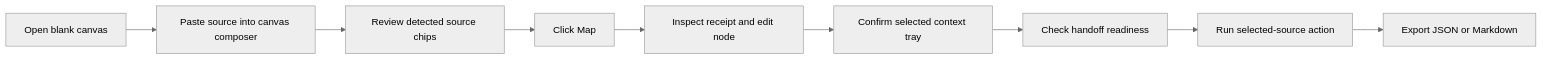
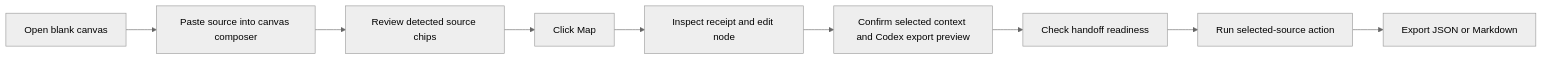
One commit to frankxai/starlight-agent-canvas changed the first of 2 diagrams in docs/user-flows.md. Above: the diagram before and after it, drawn with Mermaid (neutral theme). The commit also changed other lines of this file and 11 other files, not shown here.

Commit message:
Make canvas intake and Codex scope explicit

````diff
--- a/docs/user-flows.md
+++ b/docs/user-flows.md
@@ -5,11 +5,11 @@
 ```mermaid
 flowchart LR
   open["Open blank canvas"] --> paste["Paste source into canvas composer"]
   paste --> preview["Review detected source chips"]
   preview --> map["Click Map"]
   map --> inspect["Inspect receipt and edit node"]
-  inspect --> scope["Confirm selected context tray"]
+  inspect --> scope["Confirm selected context and Codex export preview"]
   scope --> ready["Check handoff readiness"]
   ready --> action["Run selected-source action"]
   action --> export["Export JSON or Markdown"]
 ```
````
